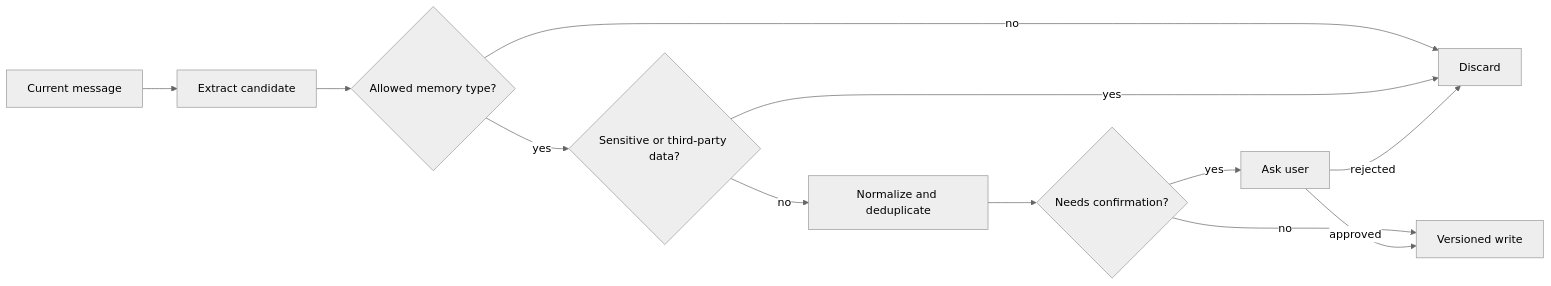
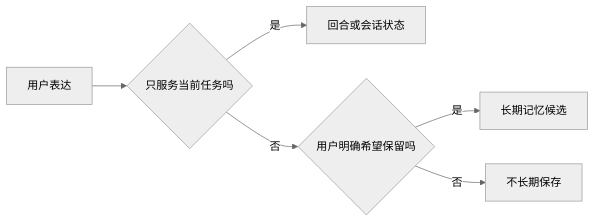
The diagram in docs/ai-agent/agent-memory.md (upJiang/jiang-blog-vitepress), drawn with Mermaid (neutral theme) before and after one commit. The commit also changed other lines of this file and 164 other files, not shown here.

````diff
--- a/docs/ai-agent/agent-memory.md
+++ b/docs/ai-agent/agent-memory.md
@@ -53,14 +25,8 @@
 ```mermaid
 flowchart LR
-  M[Current message] --> E[Extract candidate]
-  E --> S{Allowed memory type?}
-  S -->|no| X[Discard]
-  S -->|yes| P{Sensitive or third-party data?}
-  P -->|yes| X
-  P -->|no| N[Normalize and deduplicate]
-  N --> C{Needs confirmation?}
-  C -->|yes| U[Ask user]
-  C -->|no| W[Versioned write]
-  U -->|approved| W
-  U -->|rejected| X
+  A[用户表达] --> B{只服务当前任务吗}
+  B -->|是| C[回合或会话状态]
+  B -->|否| D{用户明确希望保留吗}
+  D -->|是| E[长期记忆候选]
+  D -->|否| F[不长期保存]
 ```
````
